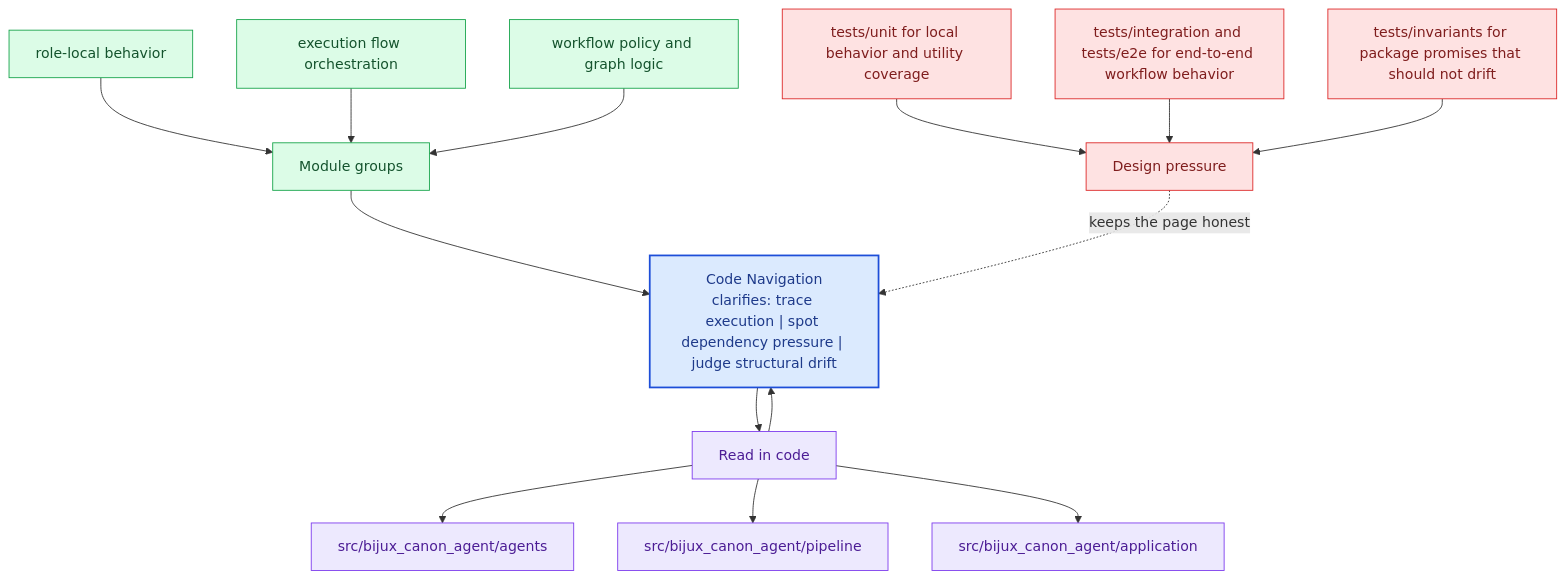
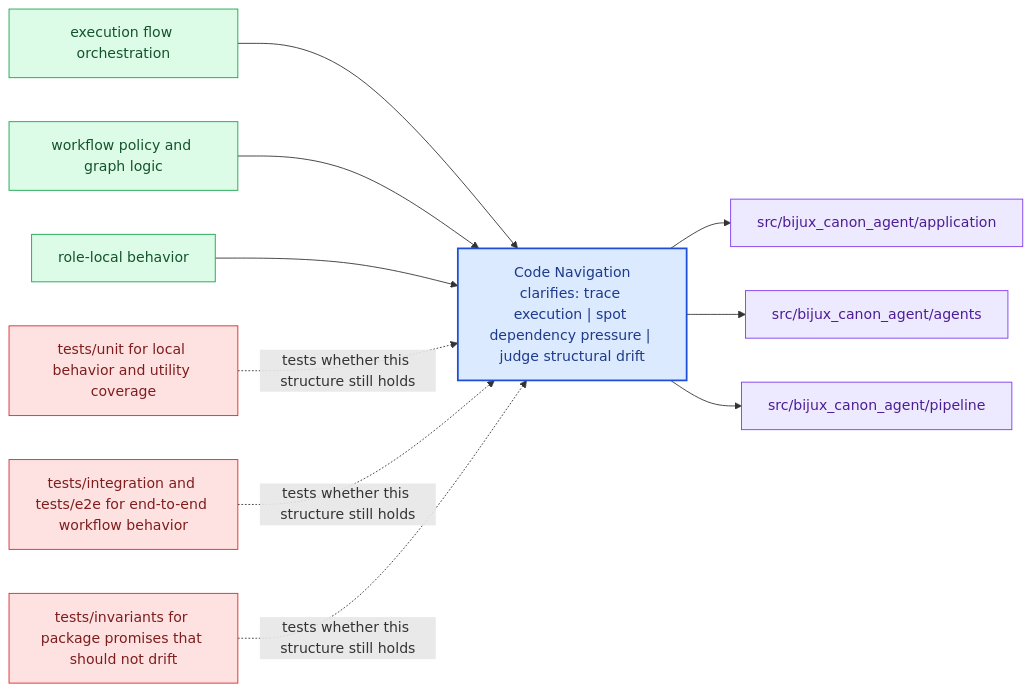
One commit to bijux/bijux-canon changed the diagram in docs/bijux-canon-agent/architecture/code-navigation.md. Above: the diagram before and after it, drawn with Mermaid. The commit also changed other lines of this file and 281 other files, not shown here.

Commit message:
docs(diagrams): replace repeated mermaid scaffolds with page-specific summaries

````diff
--- a/docs/bijux-canon-agent/architecture/code-navigation.md
+++ b/docs/bijux-canon-agent/architecture/code-navigation.md
@@ -66,40 +21,31 @@
 ```mermaid
-flowchart TB
-    promise["Code Navigation<br/>clarifies: trace execution | spot dependency pressure | judge structural drift"]
-    classDef promise fill:#dbeafe,stroke:#1d4ed8,color:#1e3a8a,stroke-width:2px;
-    classDef driver fill:#dcfce7,stroke:#16a34a,color:#14532d;
-    classDef constraint fill:#fee2e2,stroke:#dc2626,color:#7f1d1d;
-    classDef ground fill:#ede9fe,stroke:#7c3aed,color:#4c1d95;
-    focus1["Module groups"]
-    focus1 --> promise
-    focus1_1["role-local behavior"]
-    focus1_1 --> focus1
-    focus1_2["execution flow orchestration"]
-    focus1_2 --> focus1
-    focus1_3["workflow policy and graph logic"]
-    focus1_3 --> focus1
-    class focus1 driver;
-    class focus1_1,focus1_2,focus1_3 driver;
-    focus2["Read in code"]
-    focus2 --> promise
-    promise --> focus2
-    focus2_1["src/bijux_canon_agent/agents"]
-    focus2 --> focus2_1
-    focus2_2["src/bijux_canon_agent/pipeline"]
-    focus2 --> focus2_2
-    focus2_3["src/bijux_canon_agent/application"]
-    focus2 --> focus2_3
-    class focus2 ground;
-    class focus2_1,focus2_2,focus2_3 ground;
-    focus3["Design pressure"]
-    focus3 -.keeps the page honest.-> promise
-    focus3_1["tests/unit for local behavior and utility coverage"]
-    focus3_1 --> focus3
-    focus3_2["tests/integration and tests/e2e for end-to-end workflow behavior"]
-    focus3_2 --> focus3
-    focus3_3["tests/invariants for package promises that should not drift"]
-    focus3_3 --> focus3
-    class focus3 constraint;
-    class focus3_1,focus3_2,focus3_3 constraint;
-    class promise promise;
+flowchart LR
+    page["Code Navigation<br/>clarifies: trace execution | spot dependency pressure | judge structural drift"]
+    classDef page fill:#dbeafe,stroke:#1d4ed8,color:#1e3a8a,stroke-width:2px;
+    classDef positive fill:#dcfce7,stroke:#16a34a,color:#14532d;
+    classDef caution fill:#fee2e2,stroke:#dc2626,color:#7f1d1d;
+    classDef anchor fill:#ede9fe,stroke:#7c3aed,color:#4c1d95;
+    classDef action fill:#fef3c7,stroke:#d97706,color:#7c2d12;
+    module1["execution flow orchestration"]
+    module1 --> page
+    module2["workflow policy and graph logic"]
+    module2 --> page
+    module3["role-local behavior"]
+    module3 --> page
+    code1["src/bijux_canon_agent/application"]
+    page --> code1
+    code2["src/bijux_canon_agent/agents"]
+    page --> code2
+    code3["src/bijux_canon_agent/pipeline"]
+    page --> code3
+    pressure1["tests/unit for local behavior and utility coverage"]
+    pressure1 -.tests whether this structure still holds.-> page
+    pressure2["tests/integration and tests/e2e for end-to-end workflow behavior"]
+    pressure2 -.tests whether this structure still holds.-> page
+    pressure3["tests/invariants for package promises that should not drift"]
+    pressure3 -.tests whether this structure still holds.-> page
+    class page page;
+    class module1,module2,module3 positive;
+    class code1,code2,code3 anchor;
+    class pressure1,pressure2,pressure3 caution;
 ```
````
